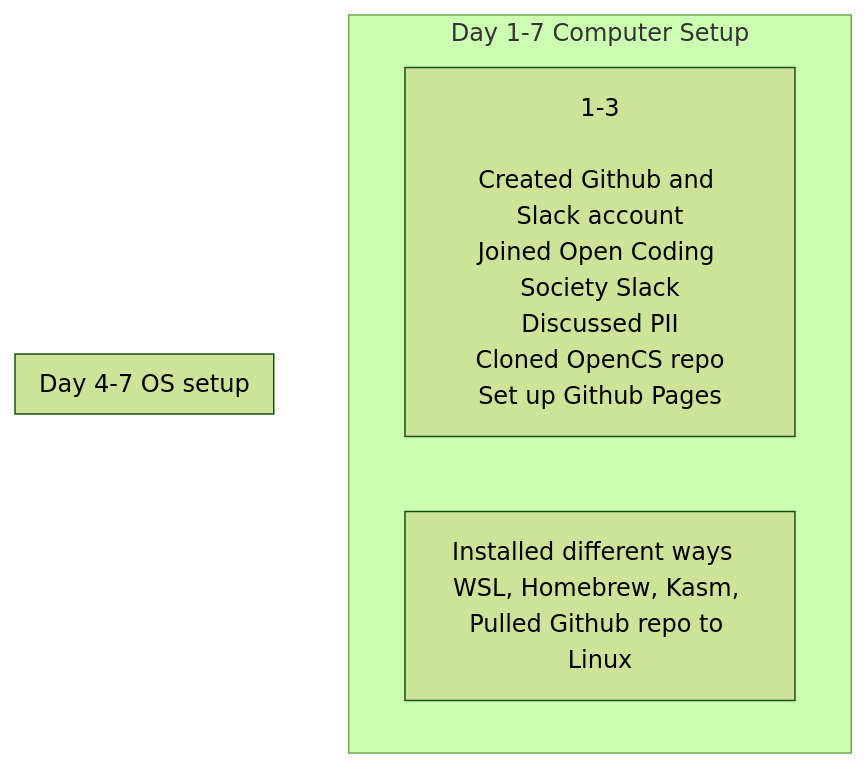
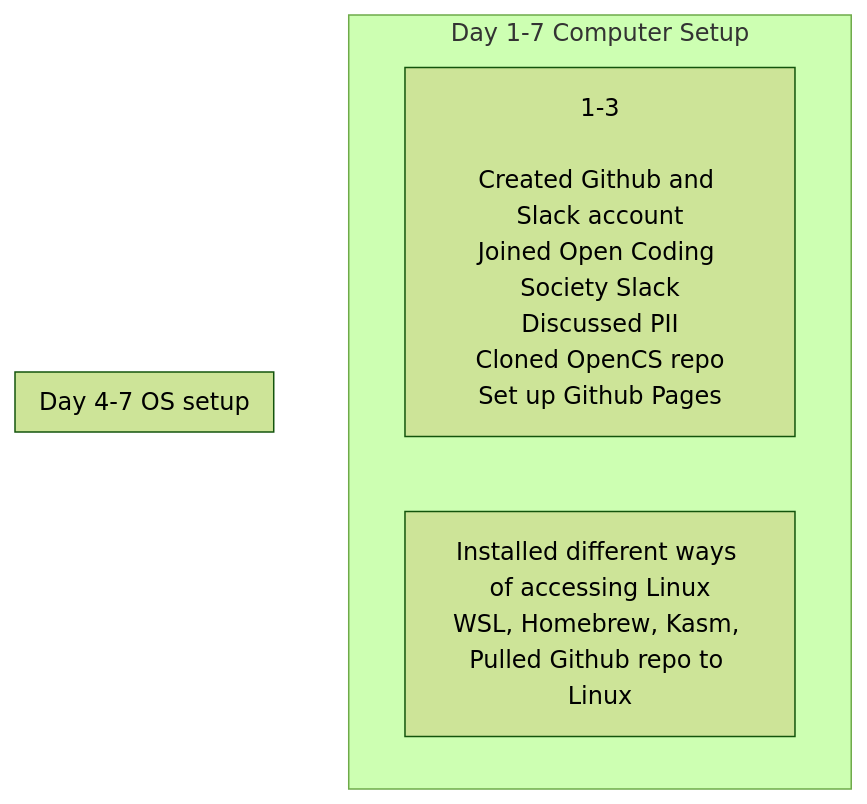
Before and after one commit to rsharma5128/student: the second of 2 diagrams in _posts/Foundation/B-tools_and_equipment/2025-11-21-tools_quest.md, drawn with Mermaid (forest theme).

Commit message:
add text

````diff
--- a/_posts/Foundation/B-tools_and_equipment/2025-11-21-tools_quest.md
+++ b/_posts/Foundation/B-tools_and_equipment/2025-11-21-tools_quest.md
@@ -59,9 +59,9 @@
 ```mermaid
 flowchart TD
     subgraph Day_1[Day 1-7 Computer Setup]
         A[1-3<br/><br/>Created Github and Slack account<br/>Joined Open Coding Society Slack<br/>Discussed PII<br/>Cloned OpenCS repo<br/>Set up Github Pages]:::dayuno
-        B[Installed different ways  <br/>WSL, Homebrew, Kasm, <br/>Pulled Github repo to Linux]:::daydos
+        B[Installed different ways of accessing Linux<br/>WSL, Homebrew, Kasm, <br/>Pulled Github repo to Linux]:::daydos
 end 
     subgraph Day_2[Day 4-7 OS setup]
 end
 ```
````
